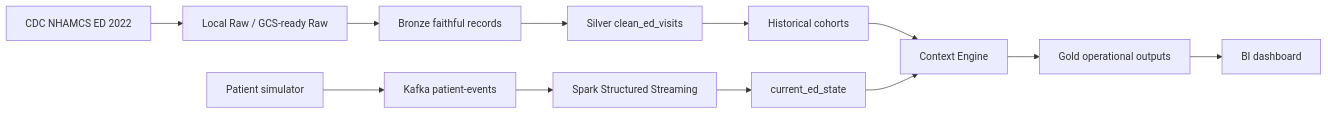
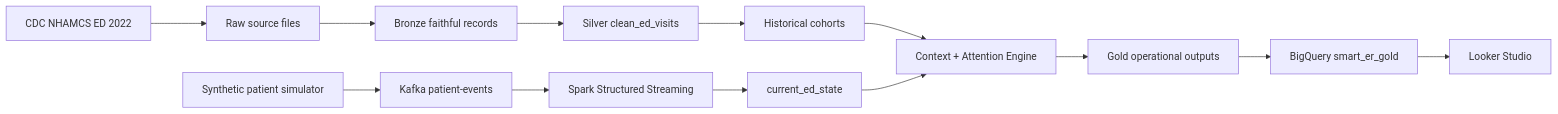
One commit to shachar-datalabs/Smart_Emergency_Room changed the diagram in docs/architecture.md. Above: the diagram before and after it, drawn with Mermaid. The commit also changed other lines of this file, not shown here.

Commit message:
docs: align architecture with BigQuery and Looker

````diff
--- a/docs/architecture.md
+++ b/docs/architecture.md
@@ -3,14 +9,18 @@
 ```mermaid
 flowchart LR
-  CDC[CDC NHAMCS ED 2022] --> RAW[Local Raw / GCS-ready Raw]
+  CDC[CDC NHAMCS ED 2022] --> RAW[Raw source files]
   RAW --> BRONZE[Bronze faithful records]
   BRONZE --> SILVER[Silver clean_ed_visits]
   SILVER --> COHORTS[Historical cohorts]
-  SIM[Patient simulator] --> KAFKA[Kafka patient-events]
+
+  SIM[Synthetic patient simulator] --> KAFKA[Kafka patient-events]
   KAFKA --> SPARK[Spark Structured Streaming]
   SPARK --> STATE[current_ed_state]
-  COHORTS --> CONTEXT[Context Engine]
+
+  COHORTS --> CONTEXT[Context + Attention Engine]
   STATE --> CONTEXT
+
   CONTEXT --> GOLD[Gold operational outputs]
-  GOLD --> BI[BI dashboard]
+  GOLD --> BQ[BigQuery smart_er_gold]
+  BQ --> LOOKER[Looker Studio]
 ```
````
